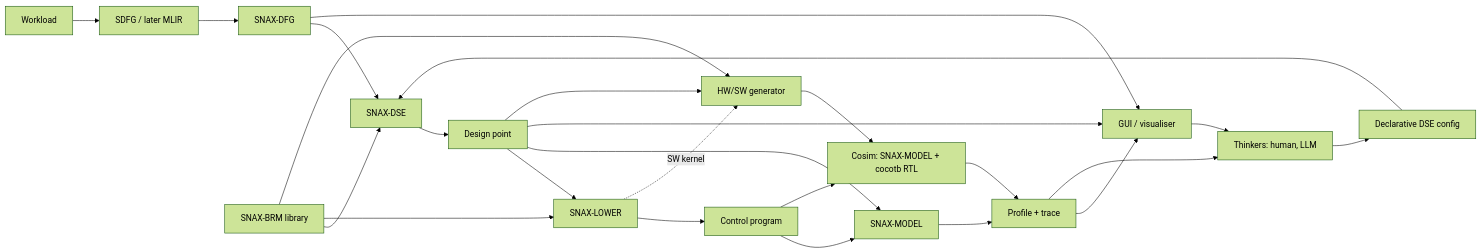
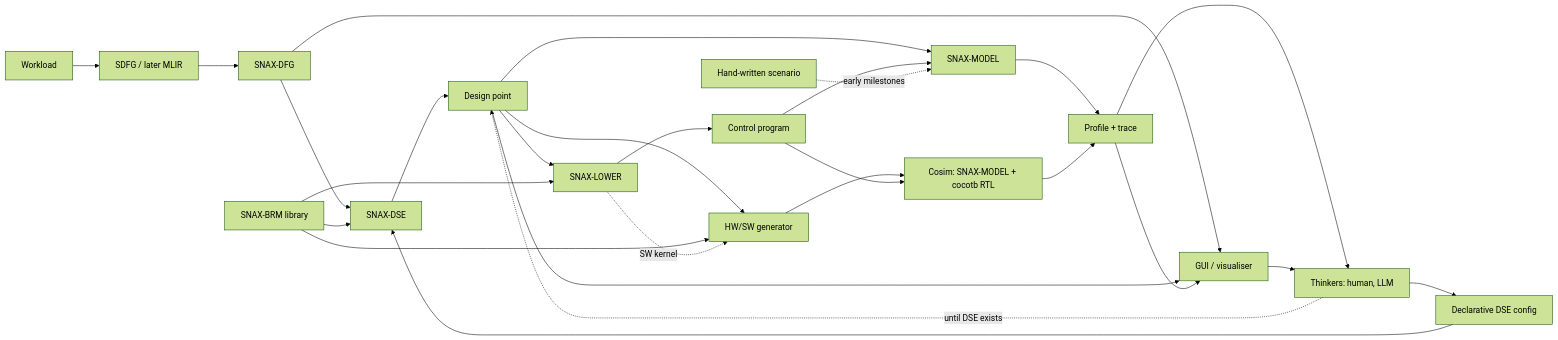
The diagram in docs/ARCHITECTURE.md (KULeuven-MICAS/snax-forge), drawn with Mermaid (forest theme) before and after one commit. The commit also changed other lines of this file and 1 other file, not shown here.

````diff
--- a/docs/ARCHITECTURE.md
+++ b/docs/ARCHITECTURE.md
@@ -69,26 +75,28 @@
 ```mermaid
 flowchart LR
     W[Workload] --> IR[SDFG / later MLIR] --> DFG[SNAX-DFG]
     DFG --> DSE[SNAX-DSE]
     BRM[SNAX-BRM library] --> DSE
     CFG[Declarative DSE config] --> DSE
     DSE --> PLAN[Design point]
     PLAN --> LOWER[SNAX-LOWER]
     BRM --> LOWER
     LOWER --> CP[Control program]
     PLAN --> MODEL[SNAX-MODEL]
     CP --> MODEL
+    SC[Hand-written scenario] -. early milestones .-> MODEL
     MODEL --> FB[Profile + trace]
     DFG --> VIS[GUI / visualiser]
     PLAN --> VIS
     FB --> VIS
     FB --> T[Thinkers: human, LLM]
     VIS --> T
     T --> CFG
+    T -. until DSE exists .-> PLAN
     PLAN --> GEN[HW/SW generator]
     BRM --> GEN
     LOWER -. SW kernel .-> GEN
     GEN --> COSIM[Cosim: SNAX-MODEL + cocotb RTL]
     CP --> COSIM
     COSIM --> FB
 ```
````
